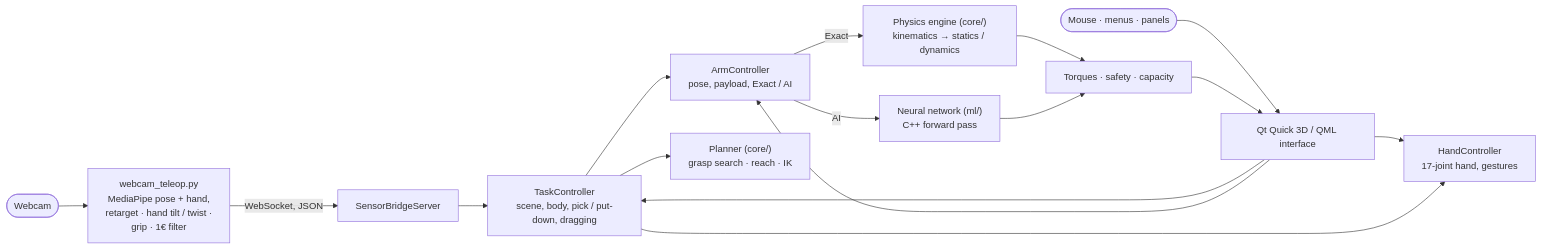
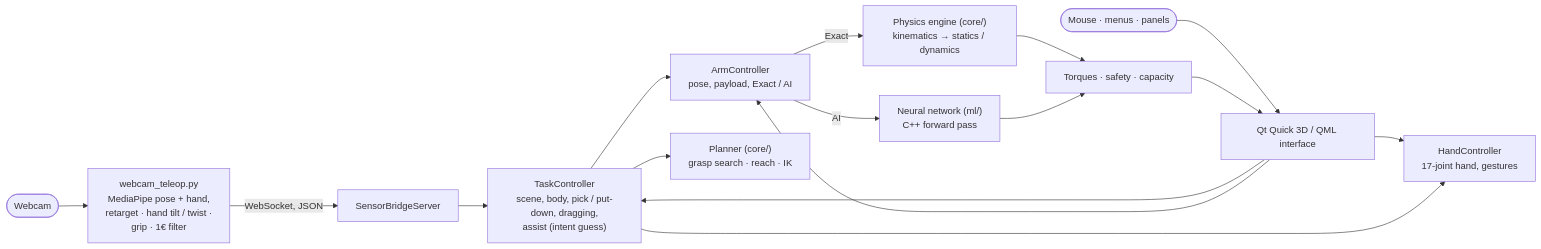
Before and after one commit to HSley13/robot-arm-analyzer: the second of 2 diagrams in README.md, drawn with Mermaid. The commit also changed other lines of this file, not shown here.

First line of the commit message:
README: shared autonomy section, assist options and protocol, test count

````diff
--- a/README.md
+++ b/README.md
@@ -154,18 +163,18 @@
 ```mermaid
 flowchart LR
     CAM(["Webcam"]) --> MP["webcam_teleop.py<br/>MediaPipe pose + hand,<br/>retarget · hand tilt / twist ·<br/>grip · 1€ filter"]
     MP -->|"WebSocket, JSON"| BR["SensorBridgeServer"]
     BR --> TC
     U(["Mouse · menus · panels"]) --> UI["Qt Quick 3D / QML interface"]
-    UI --> TC["TaskController<br/>scene, body, pick / put-down, dragging"]
+    UI --> TC["TaskController<br/>scene, body, pick / put-down, dragging,<br/>assist (intent guess)"]
     UI --> AC["ArmController<br/>pose, payload, Exact / AI"]
     UI --> HC["HandController<br/>17-joint hand, gestures"]
     TC --> PLAN["Planner (core/)<br/>grasp search · reach · IK"]
     TC --> AC
     TC --> HC
     AC -->|Exact| PHYS["Physics engine (core/)<br/>kinematics → statics / dynamics"]
     AC -->|AI| NN["Neural network (ml/)<br/>C++ forward pass"]
     PHYS --> RES["Torques · safety · capacity"]
     NN --> RES
     RES --> UI
 ```
````
